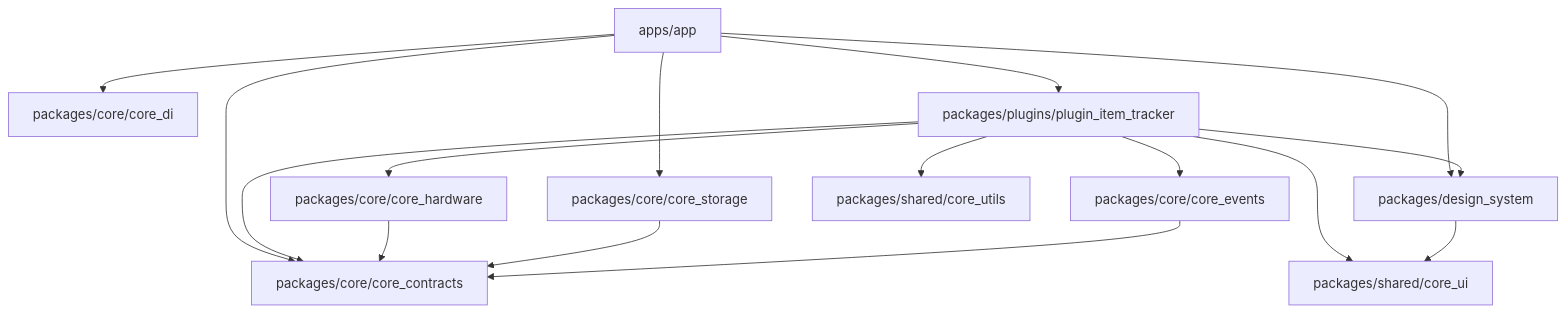
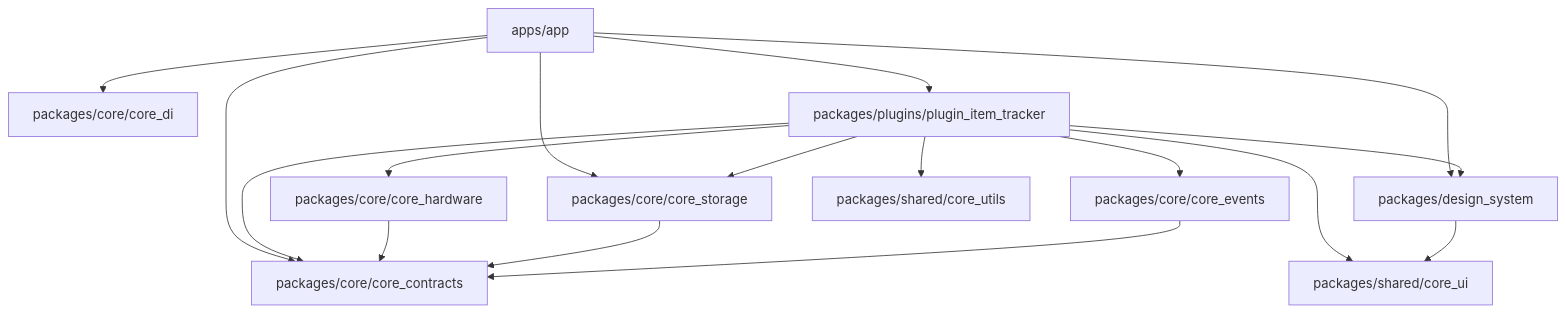
Before and after one commit to cristian2024/home_tasks: the first of 4 diagrams in specs/app_spec.md, drawn with Mermaid. The commit also changed other lines of this file and 1 other file, not shown here.

````diff
--- a/specs/app_spec.md
+++ b/specs/app_spec.md
@@ -175,20 +176,21 @@
 ```mermaid
 graph TD
     App[apps/app] --> CoreContracts[packages/core/core_contracts]
     App --> CoreDI[packages/core/core_di]
     App --> CoreStorage[packages/core/core_storage]
     App --> DesignSystem[packages/design_system]
     App --> PluginItemTracker[packages/plugins/plugin_item_tracker]
 
     PluginItemTracker --> CoreContracts
     PluginItemTracker --> CoreHardware[packages/core/core_hardware]
     PluginItemTracker --> CoreEvents[packages/core/core_events]
     PluginItemTracker --> DesignSystem
     PluginItemTracker --> CoreUI[packages/shared/core_ui]
     PluginItemTracker --> CoreUtils[packages/shared/core_utils]
+    PluginItemTracker --> CoreStorage
 
     CoreHardware --> CoreContracts
     CoreStorage --> CoreContracts
     CoreEvents --> CoreContracts
     DesignSystem --> CoreUI
 ```
````
